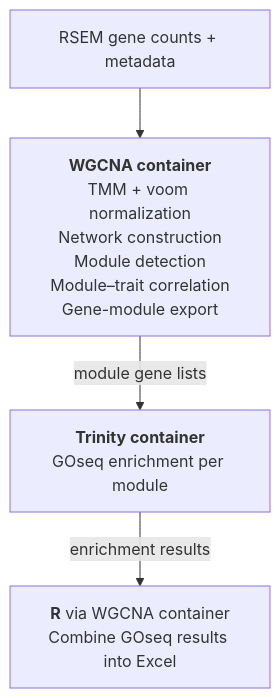
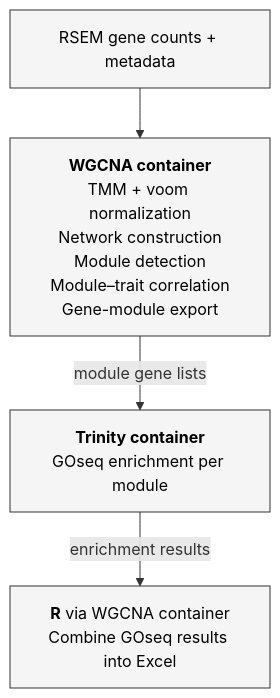
Before and after one commit to n-bsub/Bio-Containers: the diagram in WGCNA/README.md, drawn with Mermaid.

Commit message:
Diagram in README.md
Added additional styling for diagram elements in README.

````diff
--- a/WGCNA/README.md
+++ b/WGCNA/README.md
@@ -16,7 +16,12 @@
 ```mermaid
 flowchart TD
     A["RSEM gene counts + metadata"] --> B
     B["<b>WGCNA container</b><br/>TMM + voom normalization<br/>Network construction<br/>Module detection<br/>Module–trait correlation<br/>Gene-module export"] -->|module gene lists| C
     C["<b>Trinity container</b><br/>GOseq enrichment per module"] -->|enrichment results| D
     D["<b>R</b> via WGCNA container<br/>Combine GOseq results into Excel"]
+
+    style A fill:#f5f5f5,stroke:#333,color:#000
+    style B fill:#f5f5f5,stroke:#333,color:#000
+    style C fill:#f5f5f5,stroke:#333,color:#000
+    style D fill:#f5f5f5,stroke:#333,color:#000
 ```
````
